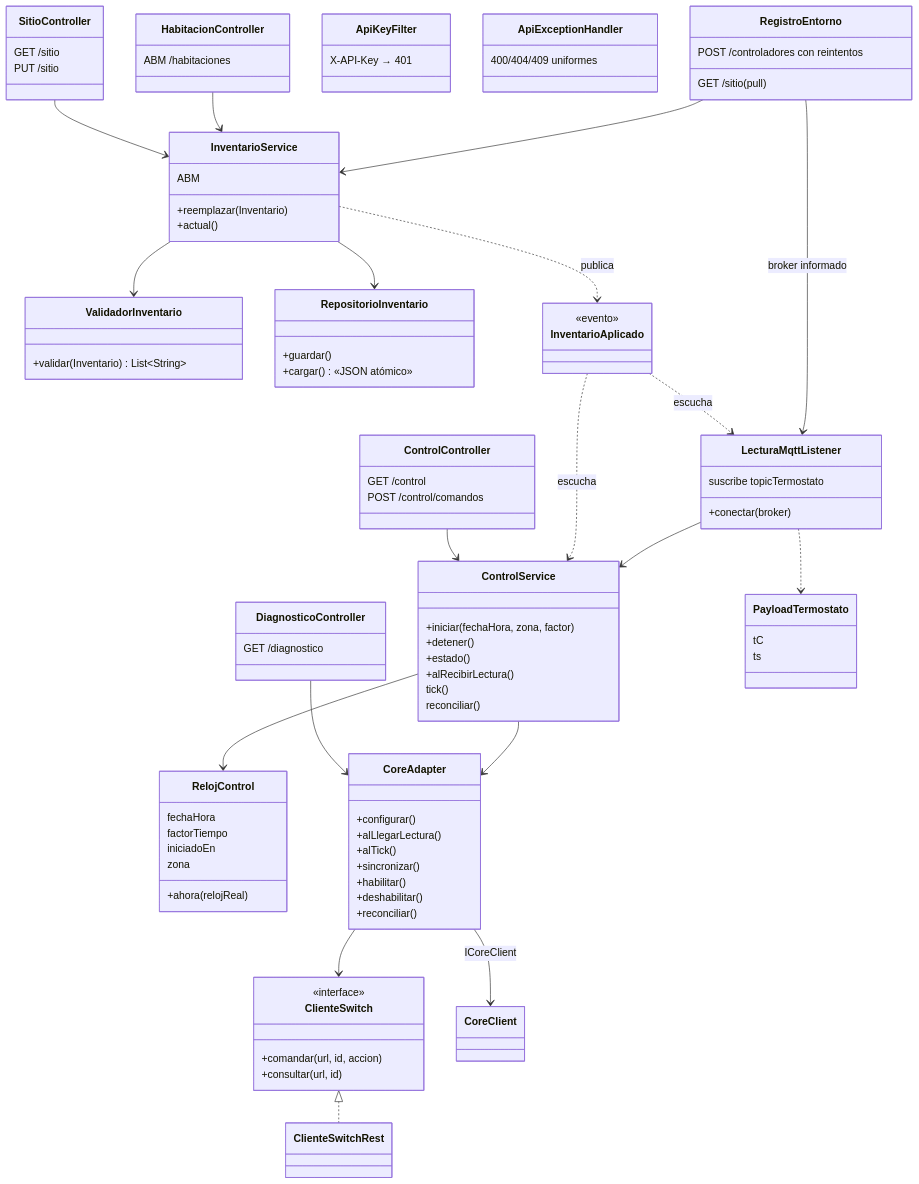
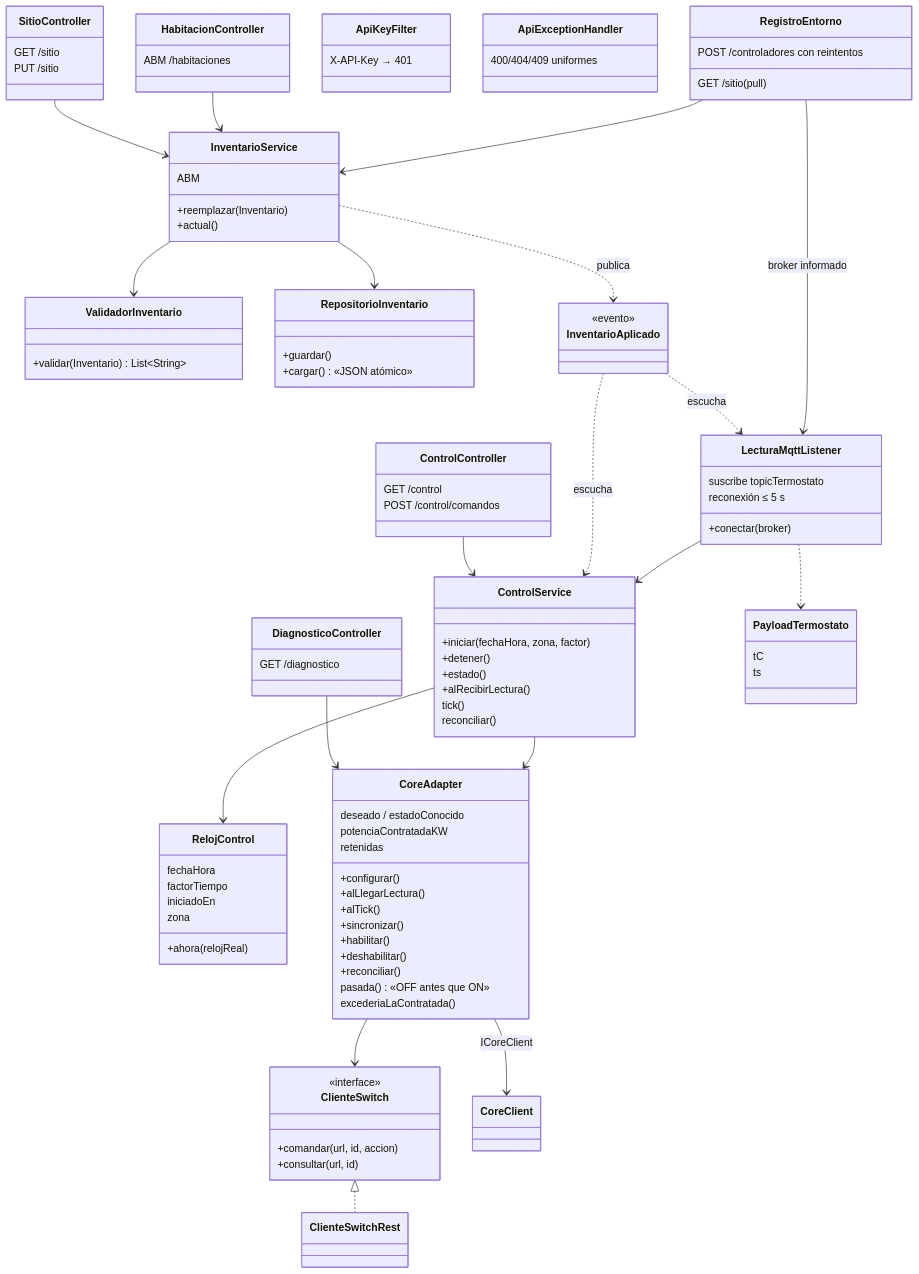
The third of 9 diagrams in docs/arquitectura/4mas1.md (BrayanBCode/iiss-2026-grupo-4), drawn with Mermaid before and after one commit. The commit also changed other lines of this file and 64 other files, not shown here.

```diff
--- a/docs/arquitectura/4mas1.md
+++ b/docs/arquitectura/4mas1.md
@@ -256,6 +258,9 @@
     }
 
     class CoreAdapter {
+      deseado / estadoConocido
+      potenciaContratadaKW
+      retenidas
       +configurar()
       +alLlegarLectura()
       +alTick()
@@ -263,6 +268,8 @@
       +habilitar()
       +deshabilitar()
       +reconciliar()
+      pasada() «OFF antes que ON»
+      excederiaLaContratada()
     }
     class ClienteSwitch {
       <<interface>>
@@ -274,6 +281,7 @@
     class LecturaMqttListener {
       +conectar(broker)
       suscribe topicTermostato
+      reconexión ≤ 5 s
     }
     class PayloadTermostato {
       tC
```
